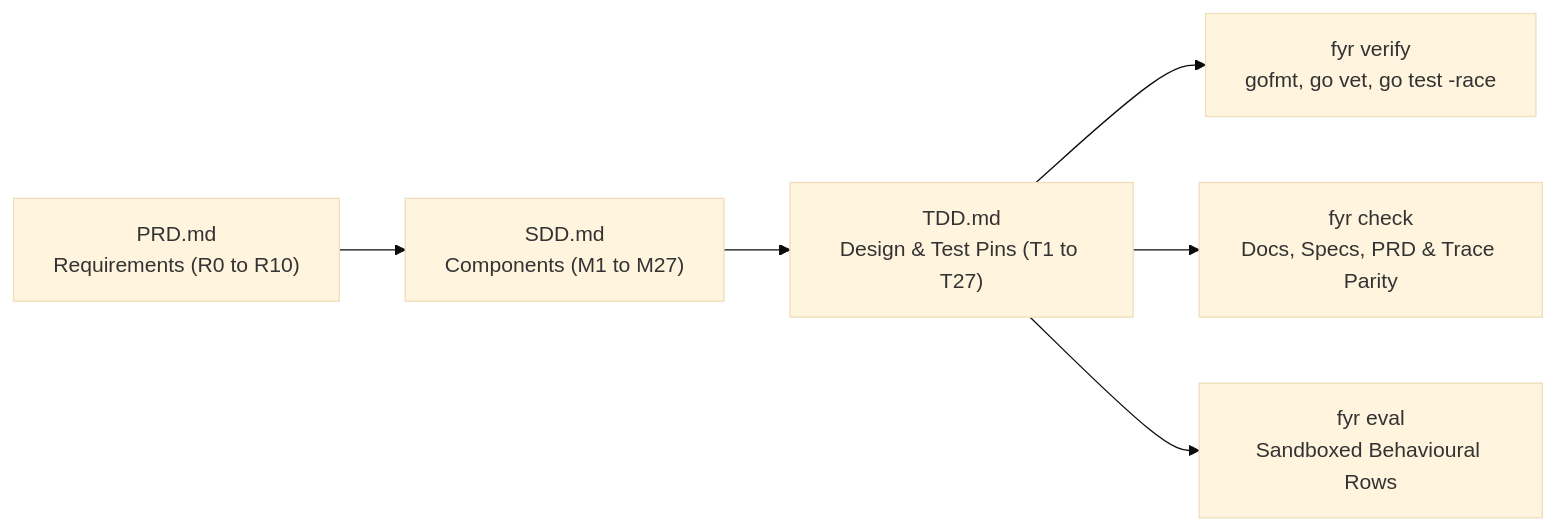
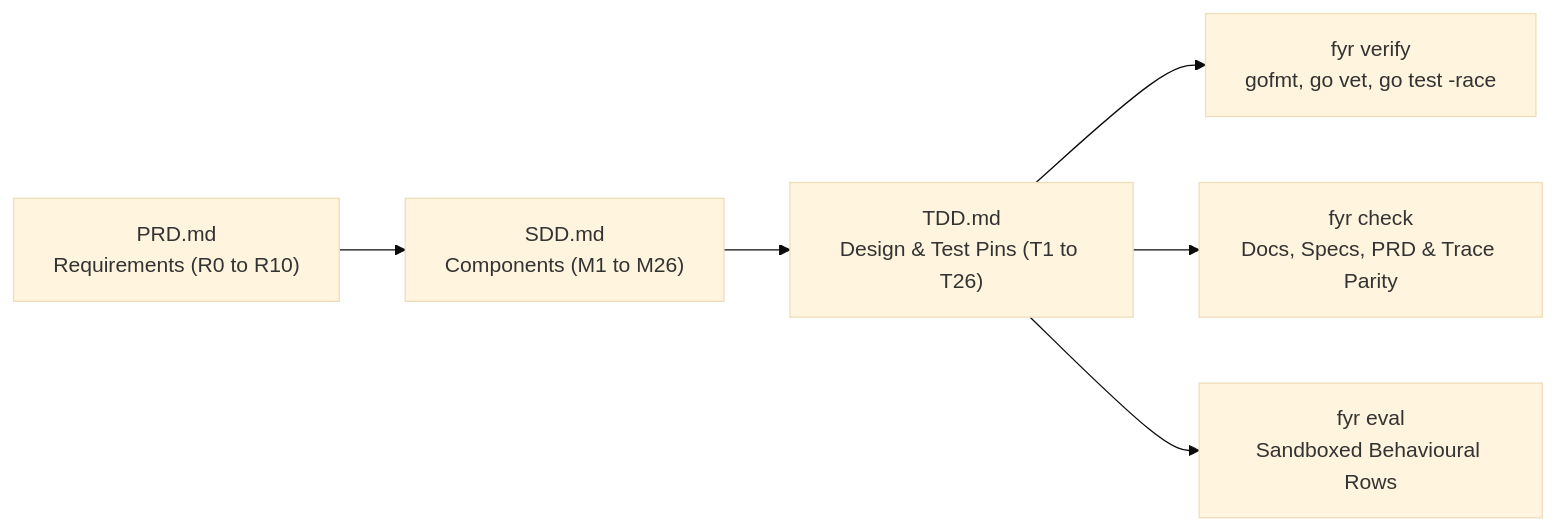
One commit to kesokaj/fyr changed the diagram in TDD.md. Above: the diagram before and after it, drawn with Mermaid (base theme). The commit also changed other lines of this file and 38 other files, not shown here.

````diff
--- a/TDD.md
+++ b/TDD.md
@@ -11,8 +11,8 @@
 ```mermaid
 flowchart LR
-    prd["PRD.md\nRequirements (R0 to R10)"] --> sdd["SDD.md\nComponents (M1 to M27)"]
-    sdd --> tdd["TDD.md\nDesign & Test Pins (T1 to T27)"]
+    prd["PRD.md\nRequirements (R0 to R10)"] --> sdd["SDD.md\nComponents (M1 to M26)"]
+    sdd --> tdd["TDD.md\nDesign & Test Pins (T1 to T26)"]
     tdd --> verify["fyr verify\ngofmt, go vet, go test -race"]
     tdd --> check["fyr check\nDocs, Specs, PRD & Trace Parity"]
     tdd --> eval["fyr eval\nSandboxed Behavioural Rows"]
 ```
````
